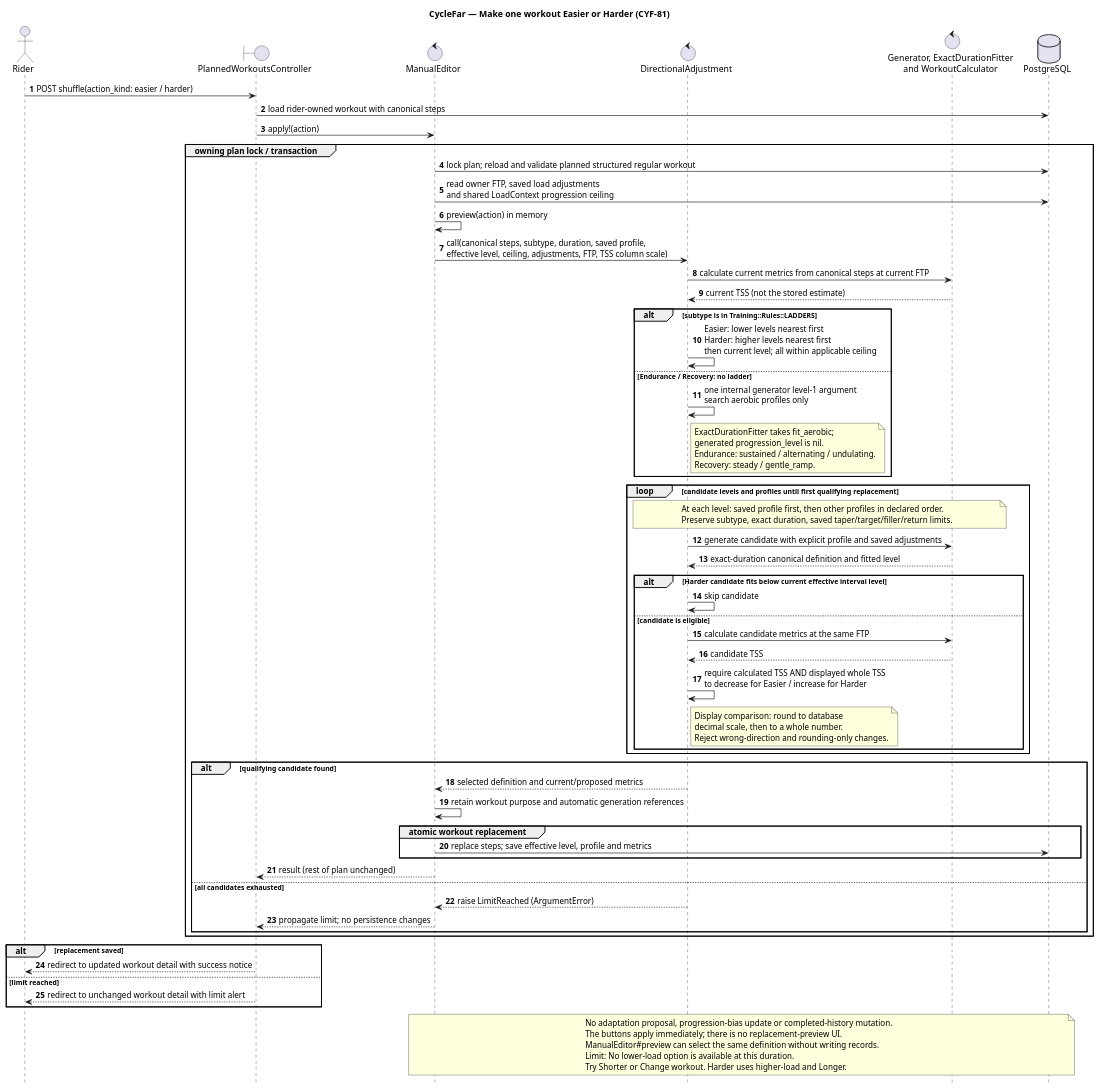
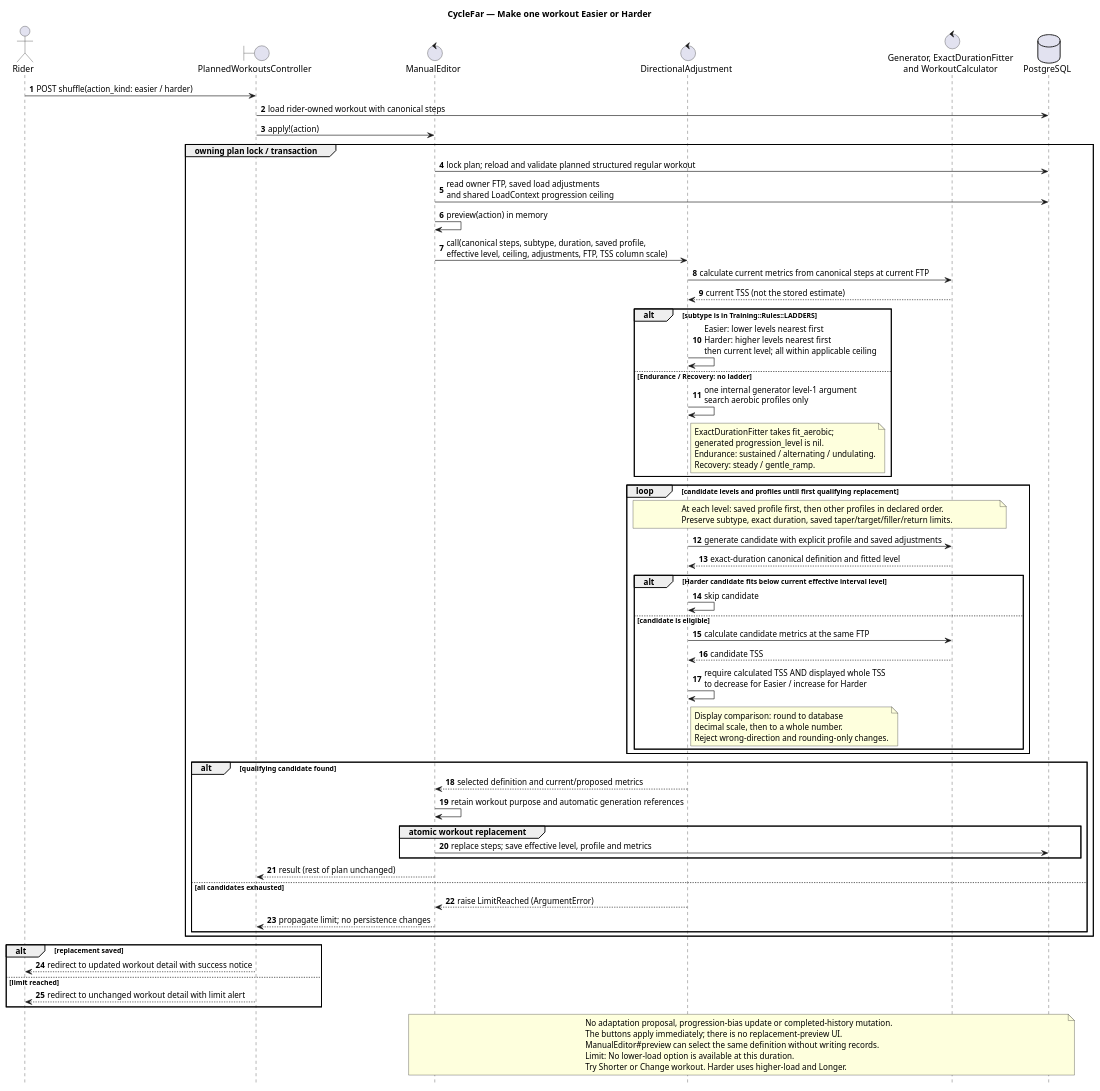
Before and after one commit to richardhartme/cyclefar: the diagram in docs/diagrams/sequence-cyclefar-directional-adjustment.puml, drawn with PlantUML. The commit also changed 23 other files, not shown here.

First line of the commit message:
Make docs a snapshot of current state and refresh diagrams

```diff
--- a/docs/diagrams/sequence-cyclefar-directional-adjustment.puml
+++ b/docs/diagrams/sequence-cyclefar-directional-adjustment.puml
@@ -1,84 +1,84 @@
 @startuml
-title CycleFar — Make one workout Easier or Harder (CYF-81)
+title CycleFar — Make one workout Easier or Harder
 
 autonumber
 hide footbox
 
 actor Rider
 boundary "PlannedWorkoutsController" as Controller
 control "ManualEditor" as Editor
 control "DirectionalAdjustment" as Selector
 control "Generator, ExactDurationFitter\nand WorkoutCalculator" as Engine
 database "PostgreSQL" as Database
 
 Rider -> Controller: POST shuffle(action_kind: easier / harder)
 Controller -> Database: load rider-owned workout with canonical steps
 Controller -> Editor: apply!(action)
 group owning plan lock / transaction
   Editor -> Database: lock plan; reload and validate planned structured regular workout
   Editor -> Database: read owner FTP, saved load adjustments\nand shared LoadContext progression ceiling
   Editor -> Editor: preview(action) in memory
   Editor -> Selector: call(canonical steps, subtype, duration, saved profile,\neffective level, ceiling, adjustments, FTP, TSS column scale)
   Selector -> Engine: calculate current metrics from canonical steps at current FTP
   Engine --> Selector: current TSS (not the stored estimate)
 
   alt subtype is in Training::Rules::LADDERS
     Selector -> Selector: Easier: lower levels nearest first\nHarder: higher levels nearest first\nthen current level; all within applicable ceiling
   else Endurance / Recovery: no ladder
     Selector -> Selector: one internal generator level-1 argument\nsearch aerobic profiles only
     note right of Selector
       ExactDurationFitter takes fit_aerobic;
       generated progression_level is nil.
       Endurance: sustained / alternating / undulating.
       Recovery: steady / gentle_ramp.
     end note
   end
 
   loop candidate levels and profiles until first qualifying replacement
     note over Selector, Engine
       At each level: saved profile first, then other profiles in declared order.
       Preserve subtype, exact duration, saved taper/target/filler/return limits.
     end note
     Selector -> Engine: generate candidate with explicit profile and saved adjustments
     Engine --> Selector: exact-duration canonical definition and fitted level
     alt Harder candidate fits below current effective interval level
       Selector -> Selector: skip candidate
     else candidate is eligible
       Selector -> Engine: calculate candidate metrics at the same FTP
       Engine --> Selector: candidate TSS
       Selector -> Selector: require calculated TSS AND displayed whole TSS\nto decrease for Easier / increase for Harder
       note right of Selector
         Display comparison: round to database
         decimal scale, then to a whole number.
         Reject wrong-direction and rounding-only changes.
       end note
     end
   end
 
   alt qualifying candidate found
     Selector --> Editor: selected definition and current/proposed metrics
     Editor -> Editor: retain workout purpose and automatic generation references
     group atomic workout replacement
       Editor -> Database: replace steps; save effective level, profile and metrics
     end
     Editor --> Controller: result (rest of plan unchanged)
   else all candidates exhausted
     Selector --> Editor: raise LimitReached (ArgumentError)
     Editor --> Controller: propagate limit; no persistence changes
   end
 end
 
 alt replacement saved
   Controller --> Rider: redirect to updated workout detail with success notice
 else limit reached
   Controller --> Rider: redirect to unchanged workout detail with limit alert
 end
 
 note over Editor, Database
   No adaptation proposal, progression-bias update or completed-history mutation.
   The buttons apply immediately; there is no replacement-preview UI.
   ManualEditor#preview can select the same definition without writing records.
   Limit: No lower-load option is available at this duration.
   Try Shorter or Change workout. Harder uses higher-load and Longer.
 end note
 @enduml
```
